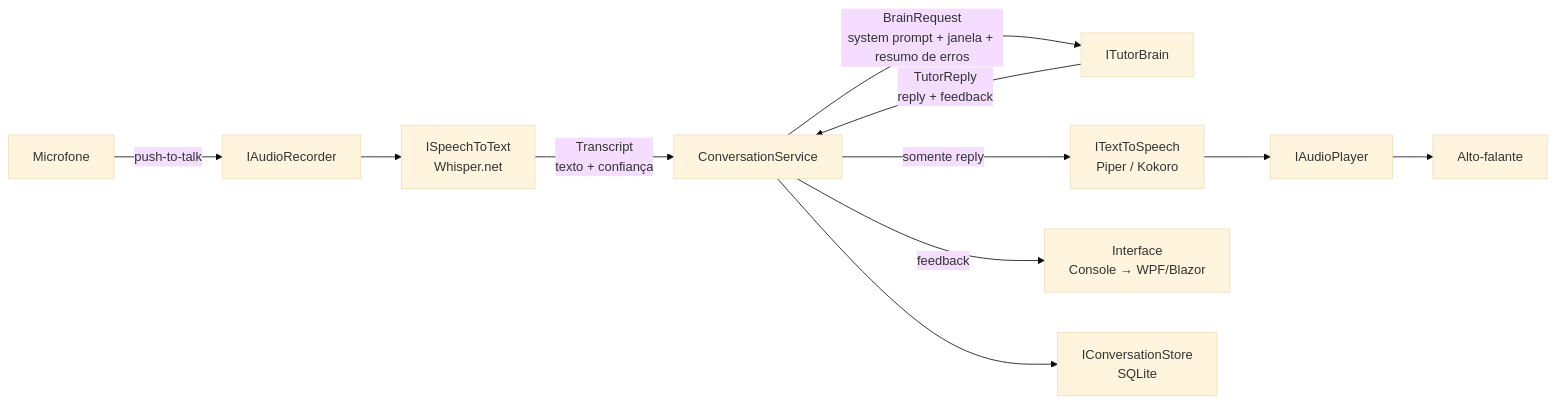
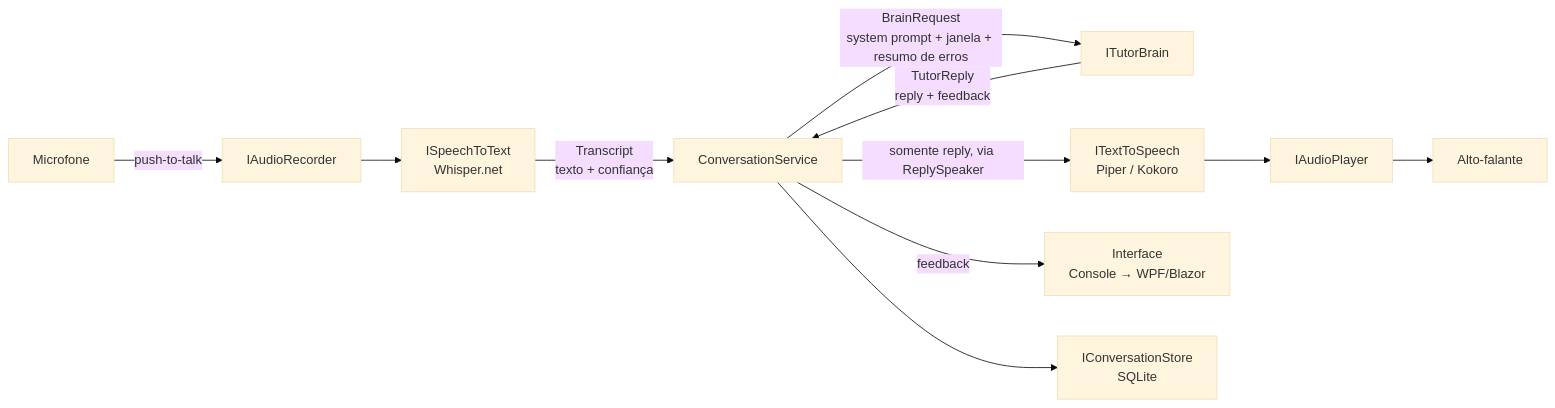
Before and after one commit to VagnerSJ/TutorIA: the first of 3 diagrams in ARCHITECTURE.md, drawn with Mermaid (base theme). The commit also changed other lines of this file, not shown here.

Commit message:
docs(ai): update architecture for US-011

````diff
--- a/ARCHITECTURE.md
+++ b/ARCHITECTURE.md
@@ -7,12 +7,12 @@
 ```mermaid
 flowchart LR
     Mic[Microfone] -->|push-to-talk| Rec[IAudioRecorder]
     Rec --> STT[ISpeechToText<br/>Whisper.net]
     STT -->|Transcript<br/>texto + confiança| CS[ConversationService]
     CS -->|BrainRequest<br/>system prompt + janela + resumo de erros| Brain[ITutorBrain]
     Brain -->|TutorReply<br/>reply + feedback| CS
-    CS -->|somente reply| TTS[ITextToSpeech<br/>Piper / Kokoro]
+    CS -->|somente reply, via ReplySpeaker| TTS[ITextToSpeech<br/>Piper / Kokoro]
     TTS --> Player[IAudioPlayer] --> Spk[Alto-falante]
     CS -->|feedback| UI[Interface<br/>Console → WPF/Blazor]
     CS --> Store[IConversationStore<br/>SQLite]
 ```
````
